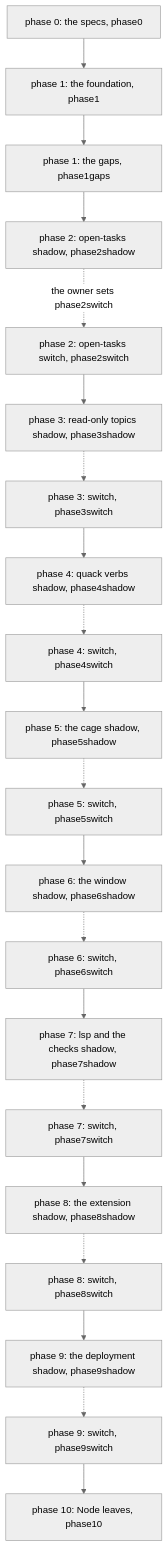
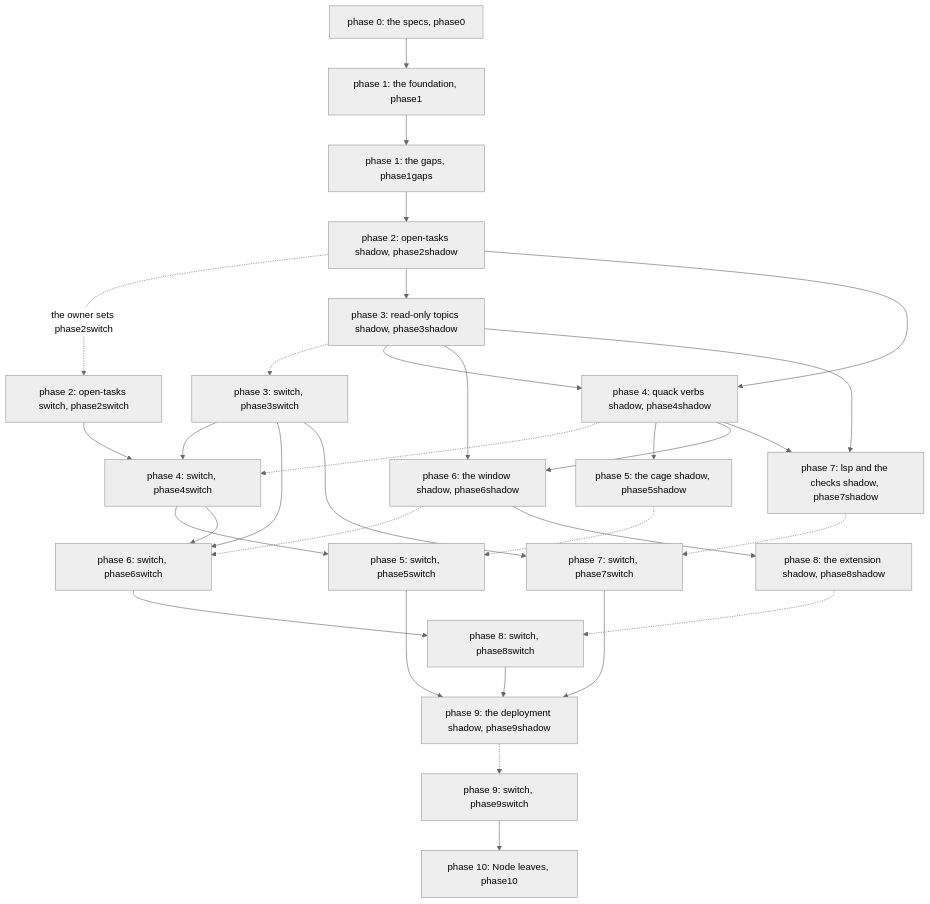
One commit to mb-89/quackitect changed the diagram in spec/design_input/the-migration-runs-in-slices.md. Above: the diagram before and after it, drawn with Mermaid (neutral theme). The commit also changed other lines of this file and 18 other files, not shown here.

First line of the commit message:
the-foundation-closes-its-gaps: the migration groups run as a graph, each waiting on the groups its children need, and every shadow key reads true

````diff
--- a/spec/design_input/the-migration-runs-in-slices.md
+++ b/spec/design_input/the-migration-runs-in-slices.md
@@ -74,22 +80,34 @@
 ```mermaid
 flowchart TD
   p0["phase 0: the specs, phase0"] --> p1["phase 1: the foundation, phase1"]
   p1 --> p1g["phase 1: the gaps, phase1gaps"]
   p1g --> p2s["phase 2: open-tasks shadow, phase2shadow"]
   p2s -. "the owner sets phase2switch" .-> p2w["phase 2: open-tasks switch, phase2switch"]
-  p2w --> p3s["phase 3: read-only topics shadow, phase3shadow"]
+  p2s --> p3s["phase 3: read-only topics shadow, phase3shadow"]
   p3s -.-> p3w["phase 3: switch, phase3switch"]
-  p3w --> p4s["phase 4: quack verbs shadow, phase4shadow"]
+  p2s --> p4s["phase 4: quack verbs shadow, phase4shadow"]
+  p3s --> p4s
   p4s -.-> p4w["phase 4: switch, phase4switch"]
-  p4w --> p5s["phase 5: the cage shadow, phase5shadow"]
+  p2w --> p4w
+  p3w --> p4w
+  p4s --> p5s["phase 5: the cage shadow, phase5shadow"]
   p5s -.-> p5w["phase 5: switch, phase5switch"]
-  p5w --> p6s["phase 6: the window shadow, phase6shadow"]
+  p4w --> p5w
+  p3s --> p6s["phase 6: the window shadow, phase6shadow"]
+  p4s --> p6s
   p6s -.-> p6w["phase 6: switch, phase6switch"]
-  p6w --> p7s["phase 7: lsp and the checks shadow, phase7shadow"]
+  p3w --> p6w
+  p4w --> p6w
+  p3s --> p7s["phase 7: lsp and the checks shadow, phase7shadow"]
+  p4s --> p7s
   p7s -.-> p7w["phase 7: switch, phase7switch"]
-  p7w --> p8s["phase 8: the extension shadow, phase8shadow"]
+  p3w --> p7w
+  p6s --> p8s["phase 8: the extension shadow, phase8shadow"]
   p8s -.-> p8w["phase 8: switch, phase8switch"]
-  p8w --> p9s["phase 9: the deployment shadow, phase9shadow"]
+  p6w --> p8w
+  p5w --> p9s["phase 9: the deployment shadow, phase9shadow"]
+  p7w --> p9s
+  p8w --> p9s
   p9s -.-> p9w["phase 9: switch, phase9switch"]
   p9w --> p10["phase 10: Node leaves, phase10"]
 ```
````
